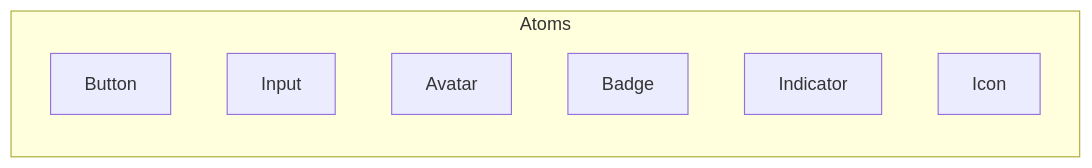
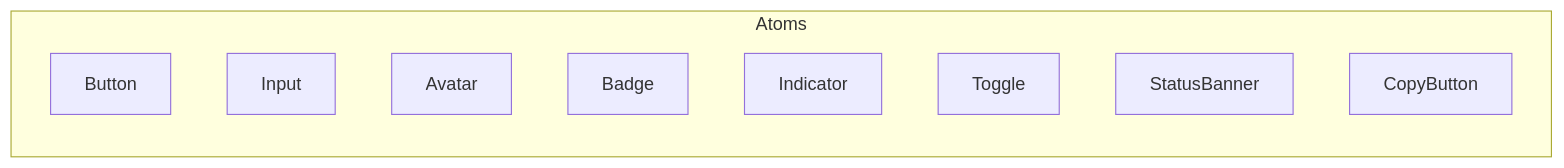
The second of 7 diagrams in doc/frontend-component-design.md (thirai-classlab/Claude-Code-Cloud), drawn with Mermaid before and after one commit. The commit also changed other lines of this file and 16 other files, not shown here.

````diff
--- a/doc/frontend-component-design.md
+++ b/doc/frontend-component-design.md
@@ -55,11 +55,13 @@
 ```mermaid
 graph LR
     subgraph Atoms
         Button["Button"]
         Input["Input"]
         Avatar["Avatar"]
         Badge["Badge"]
         Indicator["Indicator"]
-        Icon["Icon"]
+        Toggle["Toggle"]
+        StatusBanner["StatusBanner"]
+        CopyButton["CopyButton"]
     end
 ```
````
